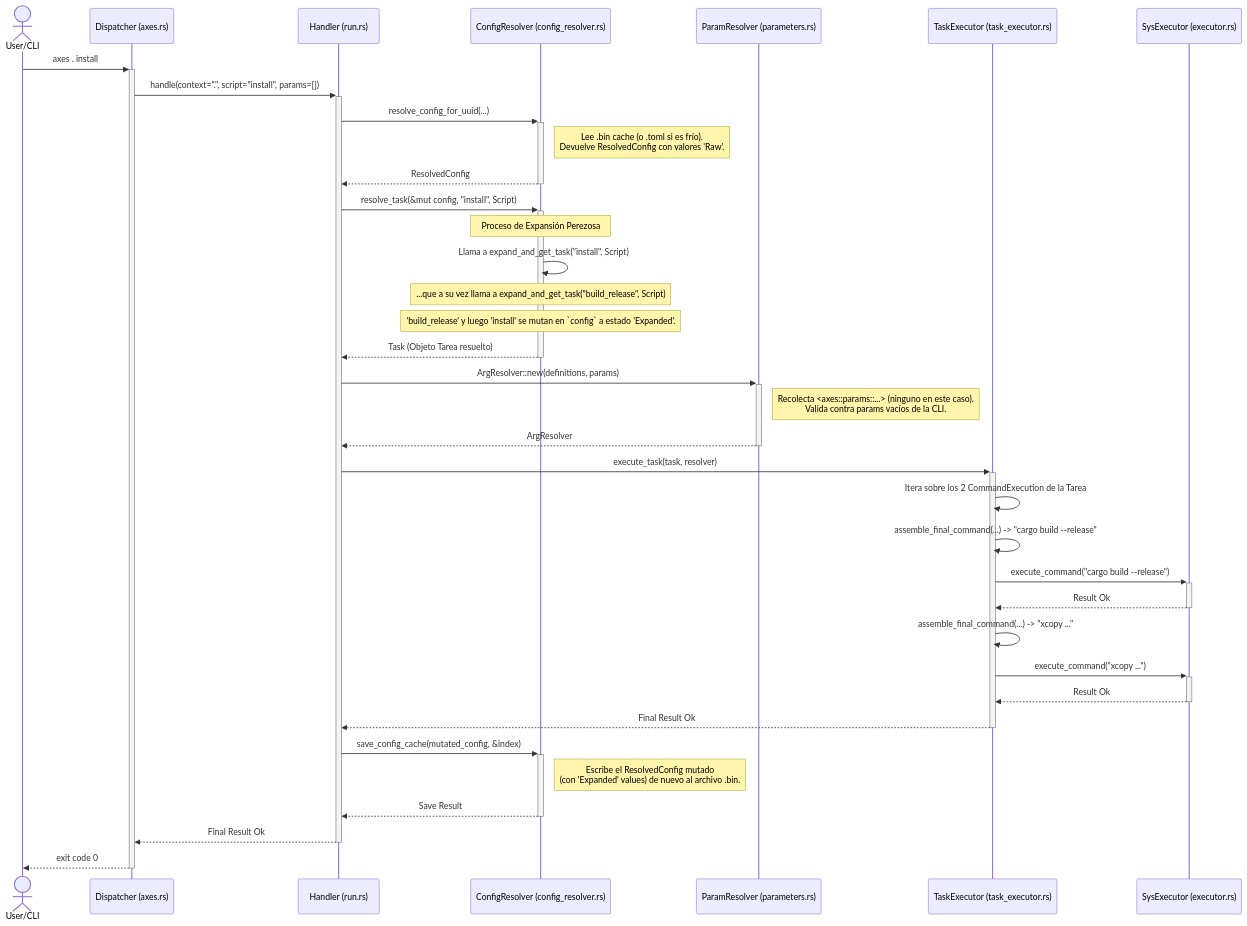
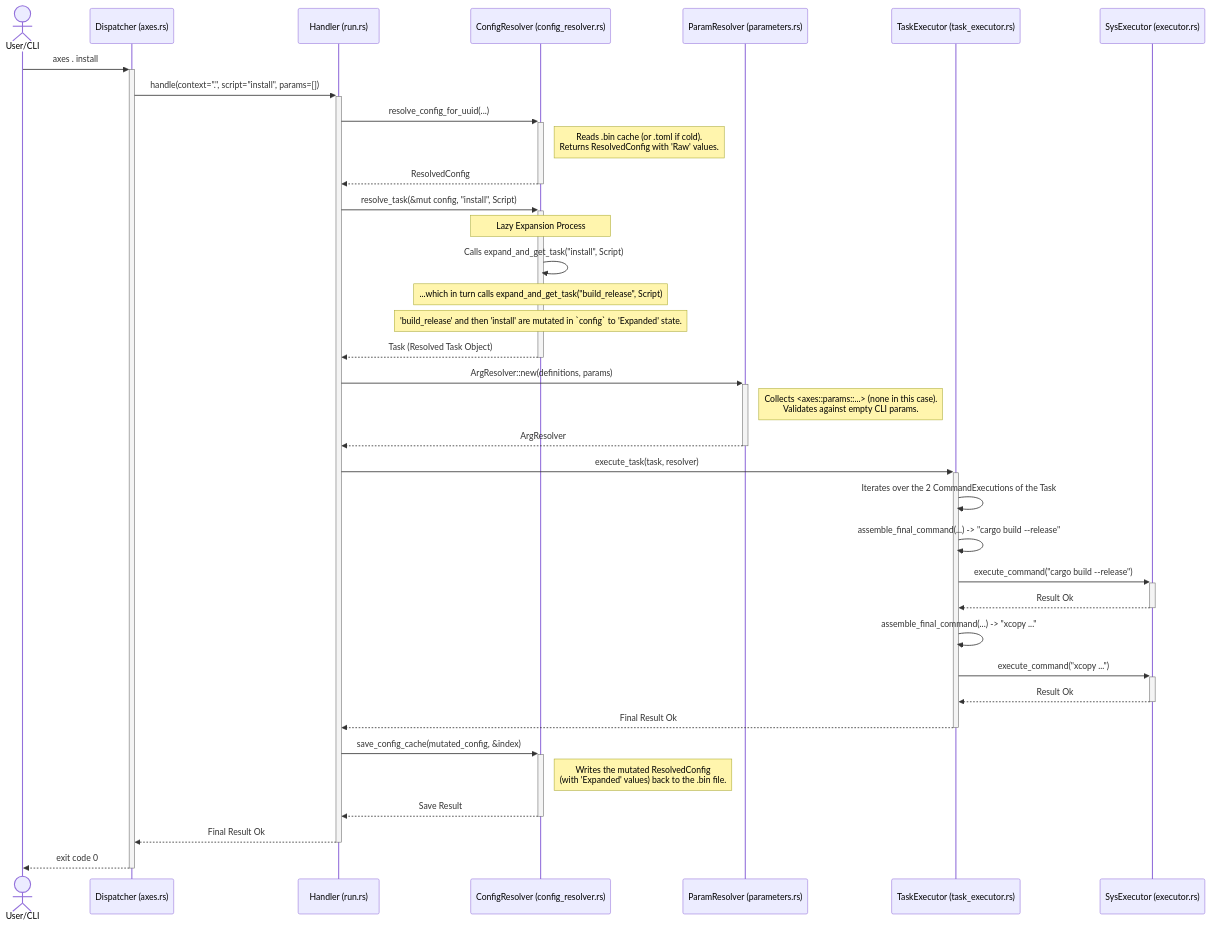
The sixth of 7 diagrams in TECNICAL.md (RetypeOS/axes), drawn with Mermaid before and after one commit. The commit also changed other lines of this file and 14 other files, not shown here.

````diff
--- a/TECNICAL.md
+++ b/TECNICAL.md
@@ -382,48 +389,48 @@
 ```mermaid
 sequenceDiagram
     actor User/CLI
     participant D as Dispatcher (axes.rs)
     participant H as Handler (run.rs)
     participant CR as ConfigResolver (config_resolver.rs)
     participant PR as ParamResolver (parameters.rs)
     participant TE as TaskExecutor (task_executor.rs)
     participant SE as SysExecutor (executor.rs)
 
     User/CLI->>+D: axes . install
     D->>+H: handle(context=".", script="install", params=[])
     
     H->>+CR: resolve_config_for_uuid(...)
-    Note right of CR: Lee .bin cache (o .toml si es frío).<br>Devuelve ResolvedConfig con valores 'Raw'.
+    Note right of CR: Reads .bin cache (or .toml if cold).<br>Returns ResolvedConfig with 'Raw' values.
     CR-->>-H: ResolvedConfig
     
     H->>+CR: resolve_task(&mut config, "install", Script)
     
-    Note over CR: Proceso de Expansión Perezosa
-    CR->>CR: Llama a expand_and_get_task("install", Script)
-    Note over CR: ...que a su vez llama a expand_and_get_task("build_release", Script)
-    Note over CR: 'build_release' y luego 'install' se mutan en `config` a estado 'Expanded'.
+    Note over CR: Lazy Expansion Process
+    CR->>CR: Calls expand_and_get_task("install", Script)
+    Note over CR: ...which in turn calls expand_and_get_task("build_release", Script)
+    Note over CR: 'build_release' and then 'install' are mutated in `config` to 'Expanded' state.
     
-    CR-->>-H: Task (Objeto Tarea resuelto)
+    CR-->>-H: Task (Resolved Task Object)
     
     H->>+PR: ArgResolver::new(definitions, params)
-    Note right of PR: Recolecta <axes::params::...> (ninguno en este caso).<br>Valida contra params vacíos de la CLI.
+    Note right of PR: Collects <axes::params::...> (none in this case).<br>Validates against empty CLI params.
     PR-->>-H: ArgResolver
     
     H->>+TE: execute_task(task, resolver)
-    TE->>TE: Itera sobre los 2 CommandExecution de la Tarea
+    TE->>TE: Iterates over the 2 CommandExecutions of the Task
         TE->>TE: assemble_final_command(...) -> "cargo build --release"
         TE->>+SE: execute_command("cargo build --release")
         SE-->>-TE: Result Ok
         TE->>TE: assemble_final_command(...) -> "xcopy ..."
         TE->>+SE: execute_command("xcopy ...")
         SE-->>-TE: Result Ok
     
     TE-->>-H: Final Result Ok
     
     H->>+CR: save_config_cache(mutated_config, &index)
-    Note right of CR: Escribe el ResolvedConfig mutado<br>(con 'Expanded' values) de nuevo al archivo .bin.
+    Note right of CR: Writes the mutated ResolvedConfig<br>(with 'Expanded' values) back to the .bin file.
     CR-->>-H: Save Result
     
     H-->>-D: Final Result Ok
     D-->>-User/CLI: exit code 0
 ```
````
